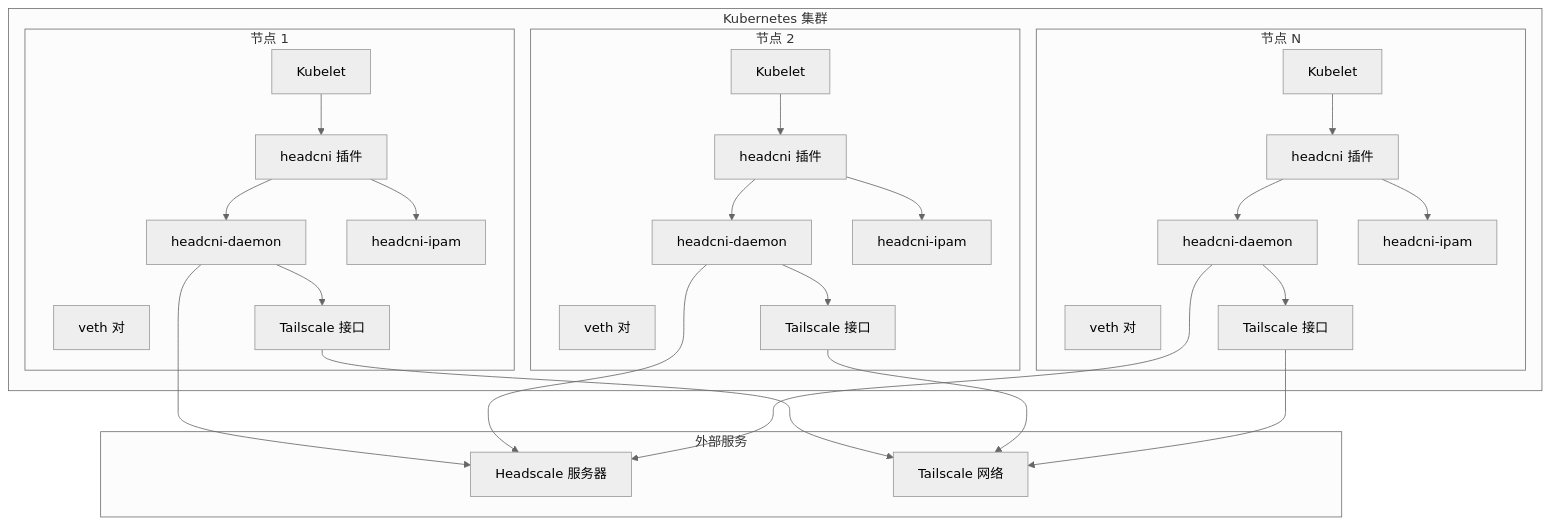
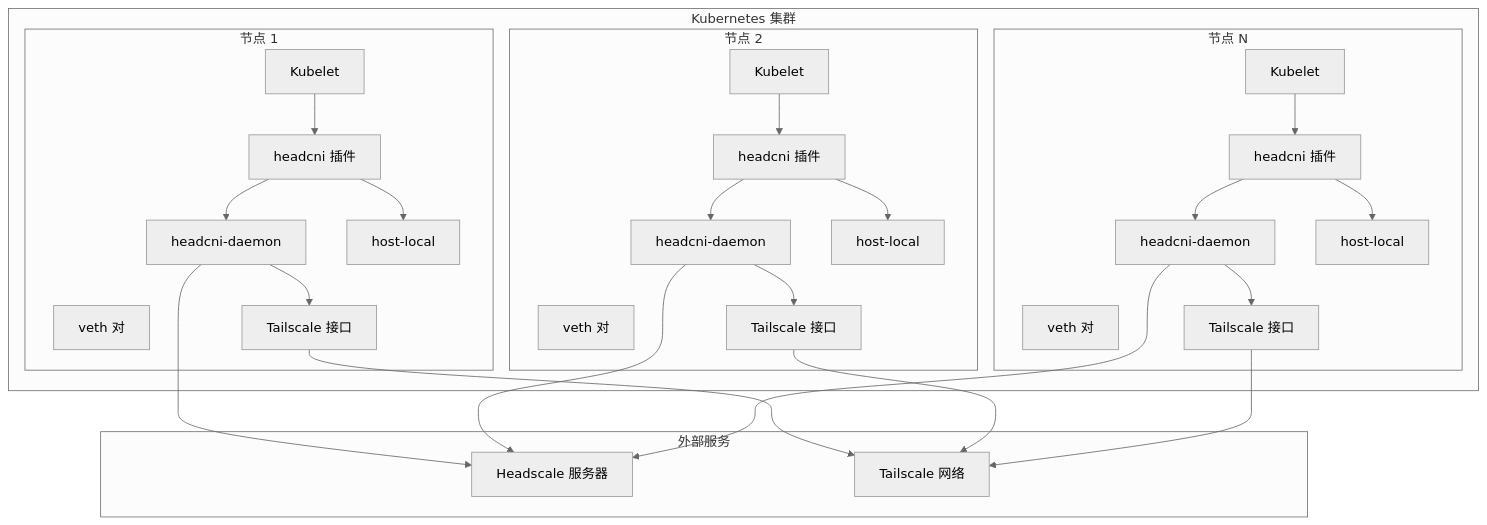
One commit to binrclab/headcni changed the first of 5 diagrams in docs/cni-runtime-architecture.md. Above: the diagram before and after it, drawn with Mermaid (neutral theme). The commit also changed 29 other files, not shown here.

Commit message:
feat: enhance HeadCNI use deafult host-local ipam

````diff
--- a/docs/cni-runtime-architecture.md
+++ b/docs/cni-runtime-architecture.md
@@ -5,57 +5,57 @@
 ```mermaid
 graph TB
     subgraph "Kubernetes 集群"
         subgraph "节点 1"
             Kubelet1[Kubelet]
             CNI1[headcni 插件]
             Daemon1[headcni-daemon]
-            IPAM1[headcni-ipam]
+            IPAM1[host-local]
             Veth1[veth 对]
             TS1[Tailscale 接口]
         end
         
         subgraph "节点 2"
             Kubelet2[Kubelet]
             CNI2[headcni 插件]
             Daemon2[headcni-daemon]
-            IPAM2[headcni-ipam]
+            IPAM2[host-local]
             Veth2[veth 对]
             TS2[Tailscale 接口]
         end
         
         subgraph "节点 N"
             KubeletN[Kubelet]
             CNIN[headcni 插件]
             DaemonN[headcni-daemon]
-            IPAMN[headcni-ipam]
+            IPAMN[host-local]
             VethN[veth 对]
             TSN[Tailscale 接口]
         end
     end
     
     subgraph "外部服务"
         Headscale[Headscale 服务器]
         TS_Network[Tailscale 网络]
     end
     
     Kubelet1 --> CNI1
     CNI1 --> IPAM1
     CNI1 --> Daemon1
     Daemon1 --> Headscale
     Daemon1 --> TS1
     TS1 --> TS_Network
     
     Kubelet2 --> CNI2
     CNI2 --> IPAM2
     CNI2 --> Daemon2
     Daemon2 --> Headscale
     Daemon2 --> TS2
     TS2 --> TS_Network
     
     KubeletN --> CNIN
     CNIN --> IPAMN
     CNIN --> DaemonN
     DaemonN --> Headscale
     DaemonN --> TSN
     TSN --> TS_Network
 ```
````
